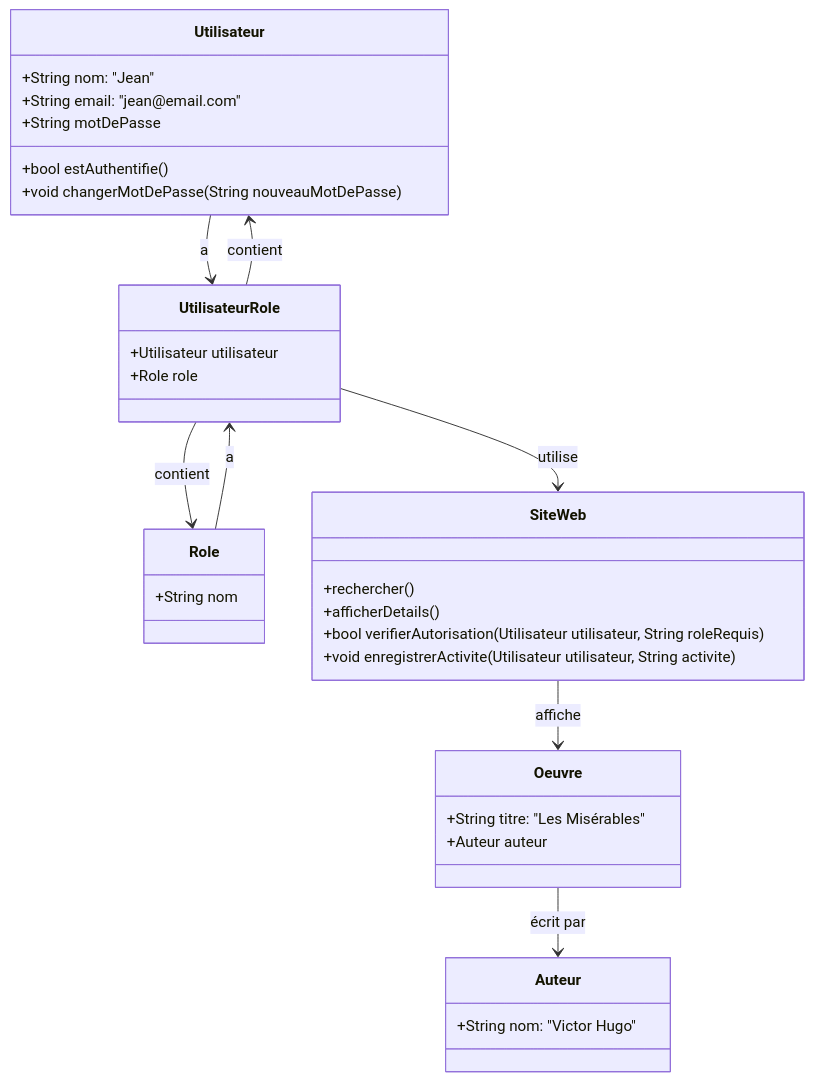
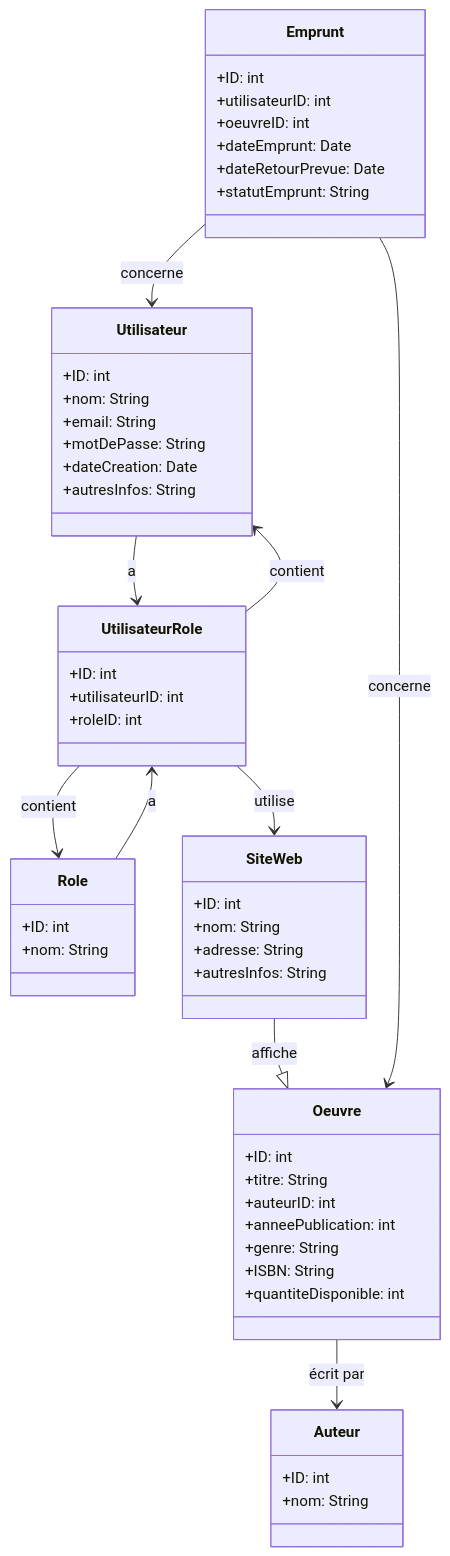
The diagram in scenarios/1/diag_class.md (melenedufrenois/QuoicOurs), drawn with Mermaid before and after one commit.

````diff
--- a/scenarios/1/diag_class.md
+++ b/scenarios/1/diag_class.md
@@ -1,38 +1,57 @@
 ```mermaid
 classDiagram
     class Utilisateur {
-      +String nom: "Jean"
-      +String email: "jean@email.com"
-      +String motDePasse
-      +bool estAuthentifie()
-      +void changerMotDePasse(String nouveauMotDePasse)
+      +ID: int
+      +nom: String
+      +email: String
+      +motDePasse: String
+      +dateCreation: Date
+      +autresInfos: String
     }
     class Role {
-      +String nom
+      +ID: int
+      +nom: String
     }
     class UtilisateurRole {
-      +Utilisateur utilisateur
-      +Role role
+      +ID: int
+      +utilisateurID: int
+      +roleID: int
     }
     class SiteWeb {
-      +rechercher()
-      +afficherDetails()
-      +bool verifierAutorisation(Utilisateur utilisateur, String roleRequis)
-      +void enregistrerActivite(Utilisateur utilisateur, String activite)
+      +ID: int
+      +nom: String
+      +adresse: String
+      +autresInfos: String
     }
     class Oeuvre {
-      +String titre: "Les Misérables"
-      +Auteur auteur
+      +ID: int
+      +titre: String
+      +auteurID: int
+      +anneePublication: int
+      +genre: String
+      +ISBN: String
+      +quantiteDisponible: int
     }
     class Auteur {
-      +String nom: "Victor Hugo"
+      +ID: int
+      +nom: String
+    }
+    class Emprunt {
+      +ID: int
+      +utilisateurID: int
+      +oeuvreID: int
+      +dateEmprunt: Date
+      +dateRetourPrevue: Date
+      +statutEmprunt: String
     }
 
     Utilisateur --> UtilisateurRole : a
     Role --> UtilisateurRole : a
     UtilisateurRole --> Utilisateur : contient
     UtilisateurRole --> Role : contient
     UtilisateurRole --> SiteWeb : utilise
-    SiteWeb --> Oeuvre : affiche
+    SiteWeb --|> Oeuvre : affiche
     Oeuvre --> Auteur : écrit par
+    Emprunt --> Utilisateur : concerne
+    Emprunt --> Oeuvre : concerne
 ```
````
